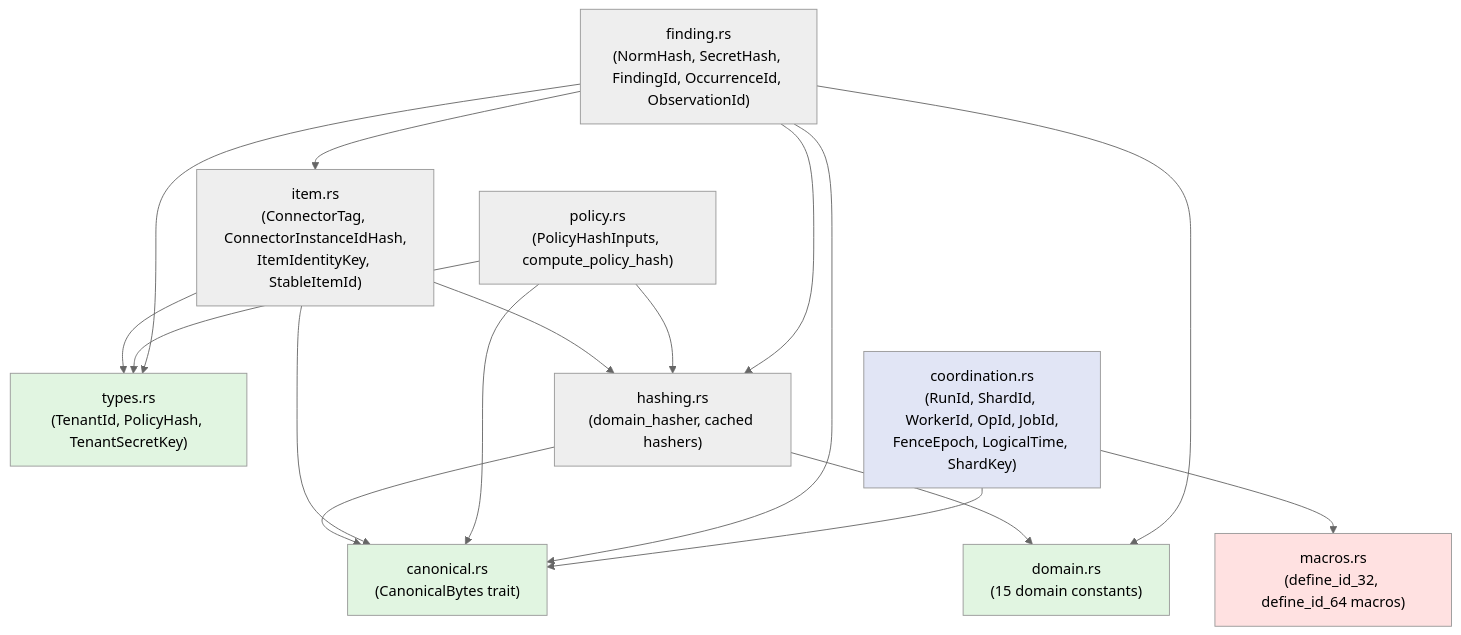
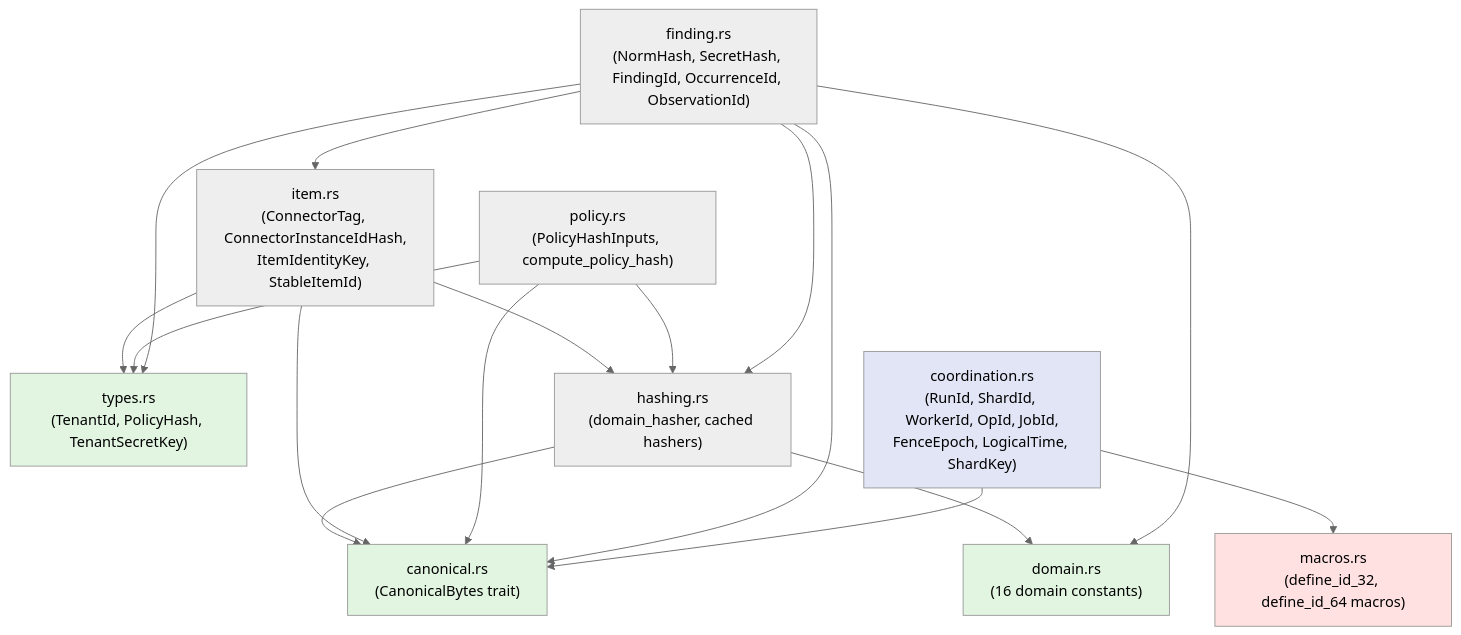
Before and after one commit to ahrav/gossip-rs-learning-guide: the first of 2 diagrams in 02-boundary-1-identity-spine/01-identity-problem-space.md, drawn with Mermaid (neutral theme). The commit also changed other lines of this file and 11 other files, not shown here.

````diff
--- a/02-boundary-1-identity-spine/01-identity-problem-space.md
+++ b/02-boundary-1-identity-spine/01-identity-problem-space.md
@@ -51,34 +51,34 @@
 ```mermaid
 graph TD
     types["types.rs<br/>(TenantId, PolicyHash, TenantSecretKey)"]
     canonical["canonical.rs<br/>(CanonicalBytes trait)"]
-    domain["domain.rs<br/>(15 domain constants)"]
+    domain["domain.rs<br/>(16 domain constants)"]
     hashing["hashing.rs<br/>(domain_hasher, cached hashers)"]
     item["item.rs<br/>(ConnectorTag, ConnectorInstanceIdHash,<br/>ItemIdentityKey, StableItemId)"]
     policy["policy.rs<br/>(PolicyHashInputs, compute_policy_hash)"]
     finding["finding.rs<br/>(NormHash, SecretHash, FindingId, OccurrenceId, ObservationId)"]
     macros["macros.rs<br/>(define_id_32, define_id_64 macros)"]
     coordination["coordination.rs<br/>(RunId, ShardId, WorkerId, OpId, JobId,<br/>FenceEpoch, LogicalTime, ShardKey)"]
 
     hashing --> domain
     hashing --> canonical
     item --> types
     item --> canonical
     item --> hashing
     policy --> types
     policy --> canonical
     policy --> hashing
     finding --> types
     finding --> canonical
     finding --> hashing
     finding --> domain
     finding --> item
     coordination --> macros
     coordination --> canonical
 
     style types fill:#e1f5e1
     style canonical fill:#e1f5e1
     style domain fill:#e1f5e1
     style macros fill:#ffe1e1
     style coordination fill:#e1e5f5
 ```
````
